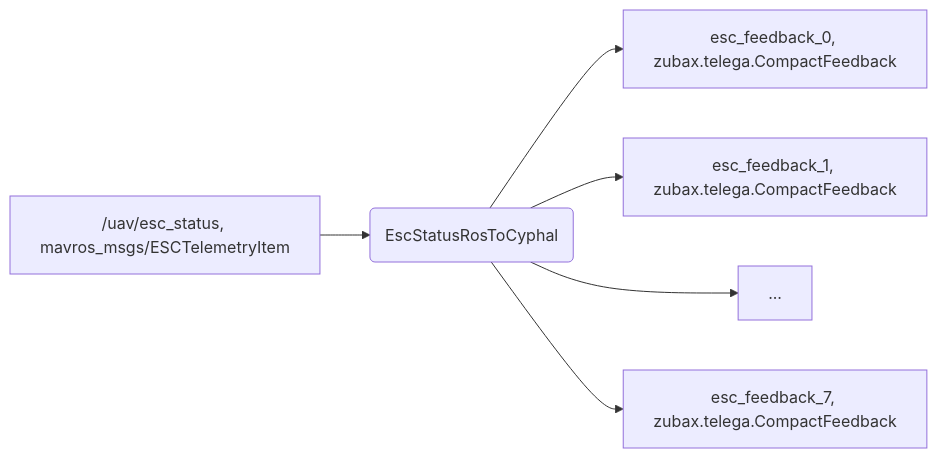
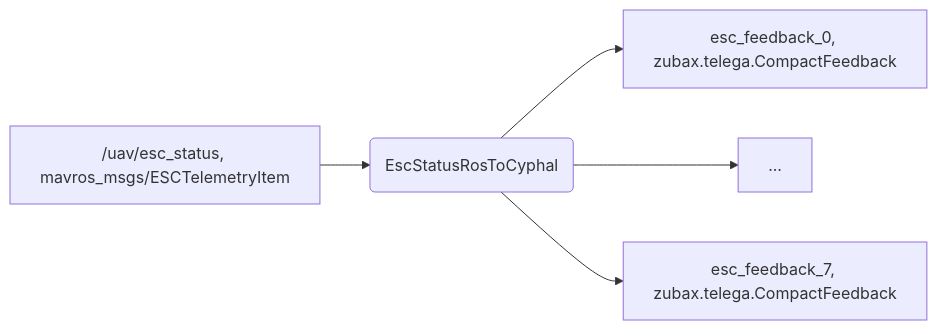
One commit to ZilantRobotics/cyphal_communicator changed the second of 10 diagrams in README.md. Above: the diagram before and after it, drawn with Mermaid. The commit also changed other lines of this file, not shown here.

````diff
--- a/README.md
+++ b/README.md
@@ -41,8 +53,7 @@
 ```mermaid
 flowchart LR
 esc_status[ /uav/esc_status, mavros_msgs/ESCTelemetryItem] --> EscStatusRosToCyphal(EscStatusRosToCyphal)
 EscStatusRosToCyphal --> esc_feedback_0[ esc_feedback_0, zubax.telega.CompactFeedback]
-EscStatusRosToCyphal --> esc_feedback_1[ esc_feedback_1, zubax.telega.CompactFeedback]
 EscStatusRosToCyphal --> esc_feedback_n[ ...]
 EscStatusRosToCyphal --> esc_feedback_7[ esc_feedback_7, zubax.telega.CompactFeedback]
 ```
````
